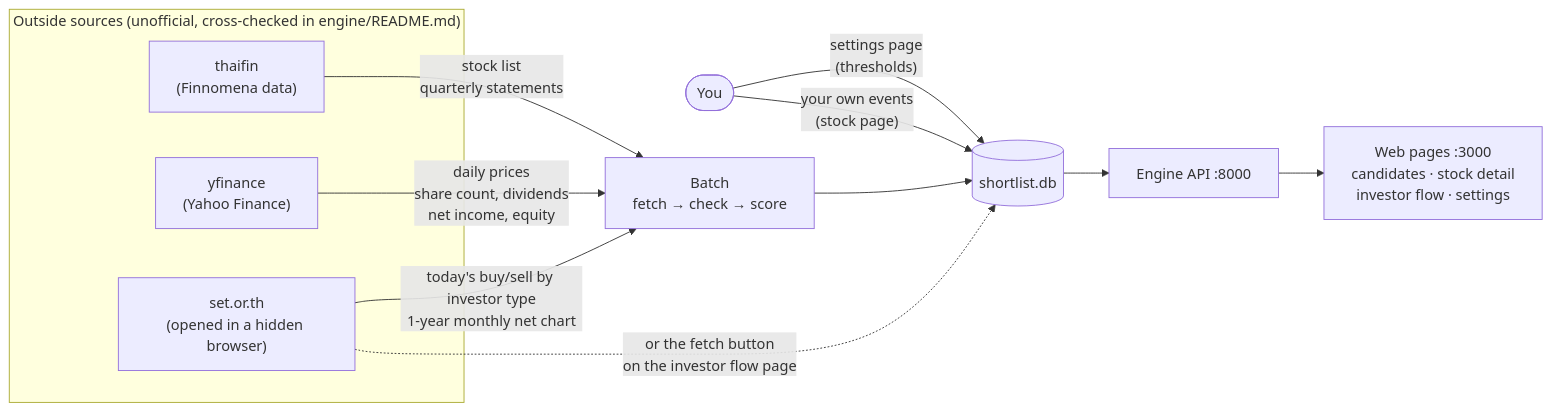
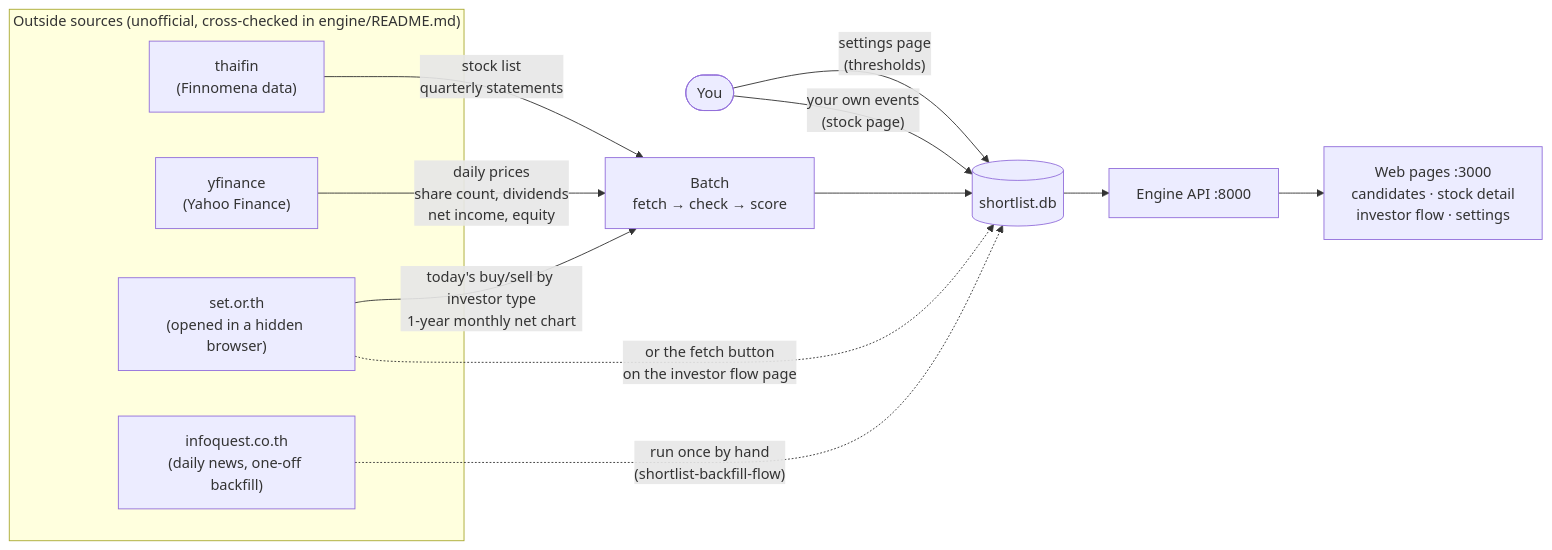
Before and after one commit to wichaisw/stock-thesis: the first of 3 diagrams in docs/data-sources.md, drawn with Mermaid. The commit also changed other lines of this file and 19 other files, not shown here.

Commit message:
feat: backfill daily investor flow from InfoQuest and plot cumulative daily net

````diff
--- a/docs/data-sources.md
+++ b/docs/data-sources.md
@@ -9,21 +9,23 @@
 ```mermaid
 flowchart LR
     subgraph outside["Outside sources (unofficial, cross-checked in engine/README.md)"]
         TF["thaifin<br/>(Finnomena data)"]
         YF["yfinance<br/>(Yahoo Finance)"]
         SET["set.or.th<br/>(opened in a hidden browser)"]
+        IQ["infoquest.co.th<br/>(daily news, one-off backfill)"]
     end
 
     YOU(["You"])
 
     TF -->|"stock list<br/>quarterly statements"| BATCH
     YF -->|"daily prices<br/>share count, dividends<br/>net income, equity"| BATCH
     SET -->|"today's buy/sell by investor type<br/>1-year monthly net chart"| BATCH
     SET -.->|"or the fetch button<br/>on the investor flow page"| DB
+    IQ -.->|"run once by hand<br/>(shortlist-backfill-flow)"| DB
 
     BATCH["Batch<br/>fetch → check → score"] --> DB[("shortlist.db")]
     YOU -->|"settings page<br/>(thresholds)"| DB
     YOU -->|"your own events<br/>(stock page)"| DB
 
     DB --> API["Engine API :8000"] --> WEB["Web pages :3000<br/>candidates · stock detail<br/>investor flow · settings"]
 ```
````
